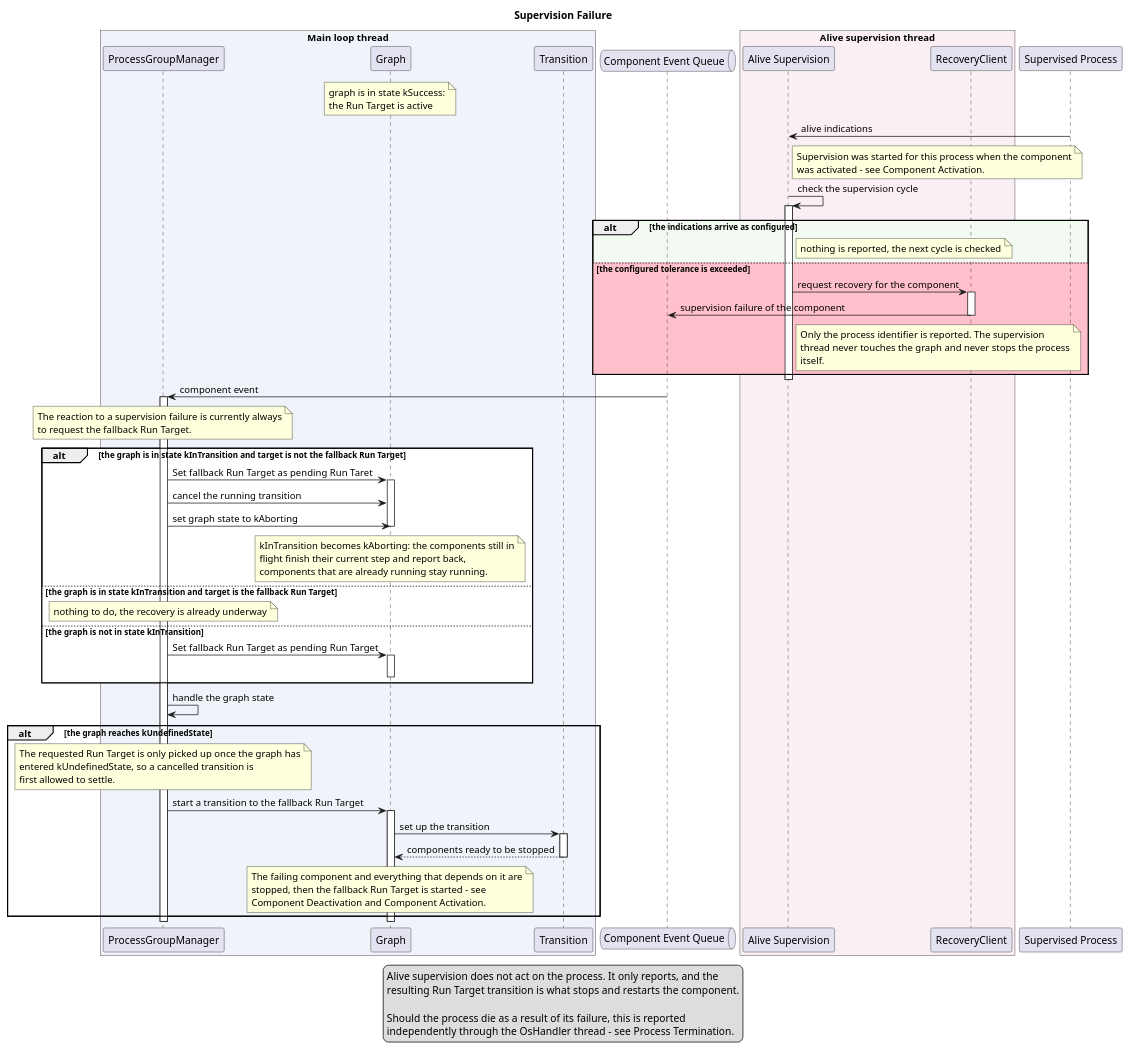
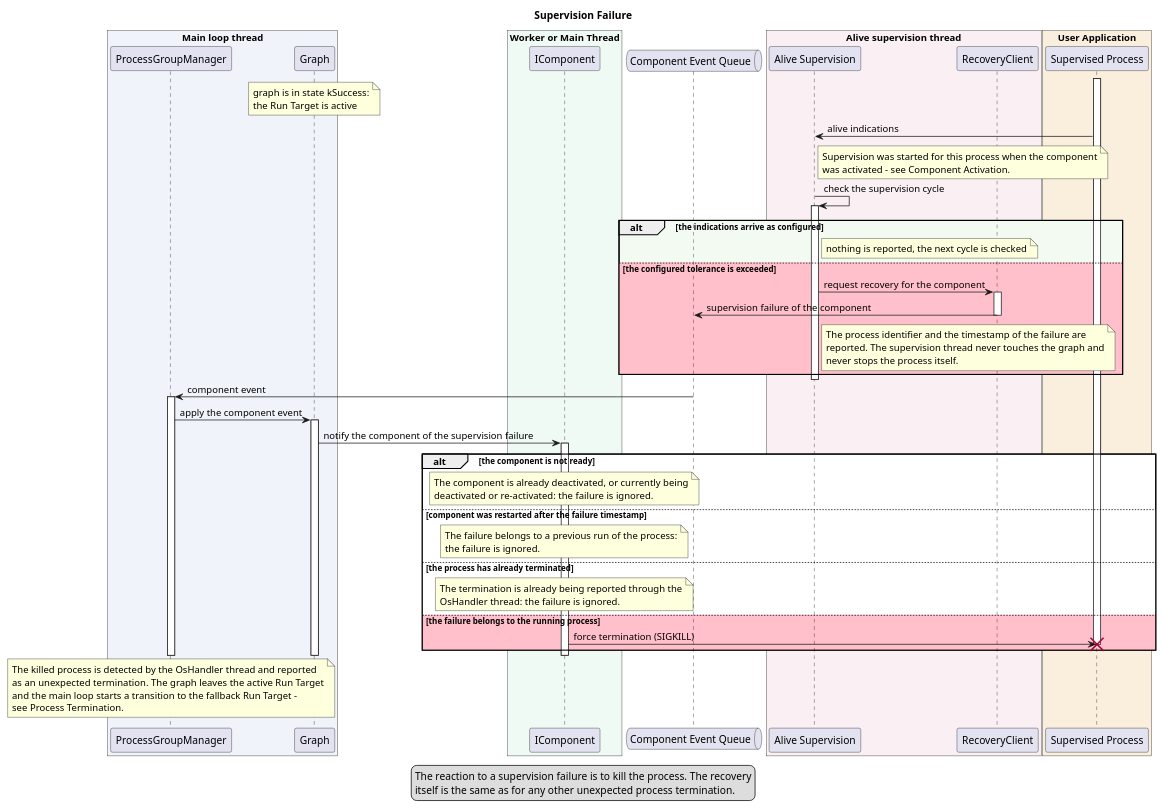
One commit to eclipse-score/lifecycle changed the diagram in score/launch_manager/docs/detailed_design/_assets/supervision_failure.puml. Above: the diagram before and after it, drawn with PlantUML. The commit also changed 22 other files, not shown here.

First line of the commit message:
Kill process after supervision failure (#858)

```diff
--- a/score/launch_manager/docs/detailed_design/_assets/supervision_failure.puml
+++ b/score/launch_manager/docs/detailed_design/_assets/supervision_failure.puml
@@ -14,105 +14,97 @@
 @startuml supervision_failure
 
 title Supervision Failure
 
 box "Main loop thread" #F0F4FA
 participant "ProcessGroupManager" as PGM
 participant "Graph" as Graph
-participant "Transition" as Transition
+end box
+
+box "Worker or Main Thread" #f0faf4
+participant "IComponent" as Component
 end box
 
 queue "Component Event Queue" as EventQueue
 
 box "Alive supervision thread" #FAF0F4
 participant "Alive Supervision" as Supervision
 participant "RecoveryClient" as Recovery
 end box
 
+box "User Application" #FAEEDD
 participant "Supervised Process" as Process
+end box
 
 note over Graph: graph is in state kSuccess:\nthe Run Target is active
 
 ' --- detection ---------------------------------------------------------------
+activate Process
 Process -> Supervision: alive indications
 note right of Supervision
   Supervision was started for this process when the component
   was activated - see Component Activation.
 end note
 
 Supervision -> Supervision ++: check the supervision cycle
 
 alt #F2FAF2 the indications arrive as configured
     note right of Supervision: nothing is reported, the next cycle is checked
 
 else #Pink the configured tolerance is exceeded
     Supervision -> Recovery ++: request recovery for the component
     Recovery -> EventQueue: supervision failure of the component
     deactivate Recovery
     note right of Supervision
-      Only the process identifier is reported. The supervision
-      thread never touches the graph and never stops the process
-      itself.
+      The process identifier and the timestamp of the failure are
+      reported. The supervision thread never touches the graph and
+      never stops the process itself.
     end note
 end
 deactivate Supervision
 
 ' --- reaction ----------------------------------------------------------------
 EventQueue -> PGM ++: component event
-note over PGM
-  The reaction to a supervision failure is currently always
-  to request the fallback Run Target.
-end note
+PGM -> Graph ++: apply the component event
+Graph -> Component ++: notify the component of the supervision failure
 
-alt #White the graph is in state kInTransition and target is not the fallback Run Target
-    PGM -> Graph ++: Set fallback Run Target as pending Run Taret
-    PGM -> Graph: cancel the running transition
-    PGM -> Graph: set graph state to kAborting
-    note over Graph
-      kInTransition becomes kAborting: the components still in
-      flight finish their current step and report back,
-      components that are already running stay running.
+alt #White the component is not ready
+    note over Component
+      The component is already deactivated, or currently being
+      deactivated or re-activated: the failure is ignored.
     end note
-    deactivate Graph
 
-else #White the graph is in state kInTransition and target is the fallback Run Target
-    note over PGM: nothing to do, the recovery is already underway
+else #White component was restarted after the failure timestamp
+    note over Component
+      The failure belongs to a previous run of the process:
+      the failure is ignored.
+    end note
 
-else #White the graph is not in state kInTransition
-    PGM -> Graph ++: Set fallback Run Target as pending Run Target
-    deactivate Graph
+else #White the process has already terminated
+    note over Component
+      The termination is already being reported through the
+      OsHandler thread: the failure is ignored.
+    end note
+
+else #Pink the failure belongs to the running process
+    Component -> Process: force termination (SIGKILL)
+    destroy Process
 end
 
-' --- recovery ----------------------------------------------------------------
-PGM -> PGM: handle the graph state
-
-alt the graph reaches kUndefinedState
-
-  note over PGM
-    The requested Run Target is only picked up once the graph has
-    entered kUndefinedState, so a cancelled transition is
-    first allowed to settle.
-  end note
-
-  PGM -> Graph ++: start a transition to the fallback Run Target
-  Graph -> Transition ++: set up the transition
-  Transition --> Graph --: components ready to be stopped
-  note over Graph
-    The failing component and everything that depends on it are
-    stopped, then the fallback Run Target is started - see
-    Component Deactivation and Component Activation.
-  end note
-
-end alt
-
+deactivate Component
 deactivate Graph
 deactivate PGM
 
+' --- recovery ----------------------------------------------------------------
+note over PGM
+  The killed process is detected by the OsHandler thread and reported
+  as an unexpected termination. The graph leaves the active Run Target
+  and the main loop starts a transition to the fallback Run Target -
+  see Process Termination.
+end note
+
 legend bottom
-  Alive supervision does not act on the process. It only reports, and the
-  resulting Run Target transition is what stops and restarts the component.
-
-  Should the process die as a result of its failure, this is reported
-  independently through the OsHandler thread - see Process Termination.
+  The reaction to a supervision failure is to kill the process. The recovery
+  itself is the same as for any other unexpected process termination.
 end legend
 
 @enduml
```
